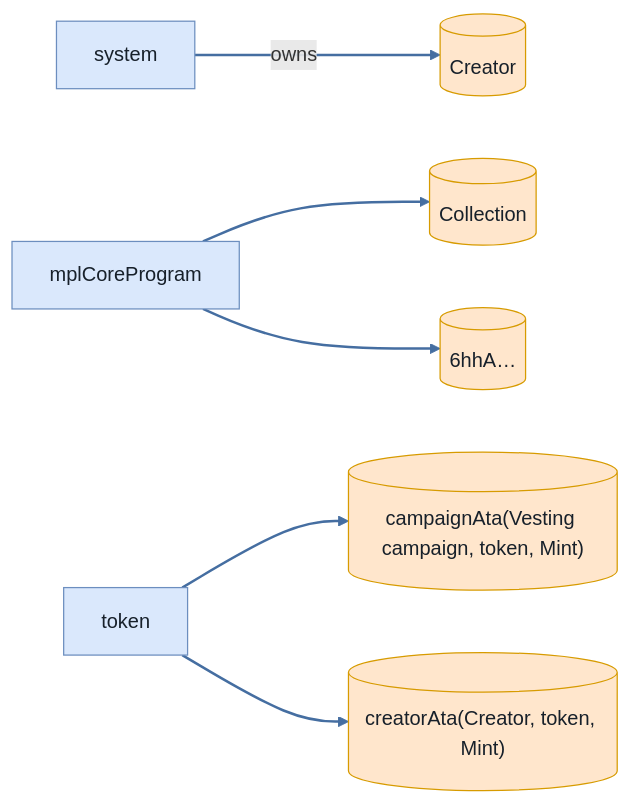
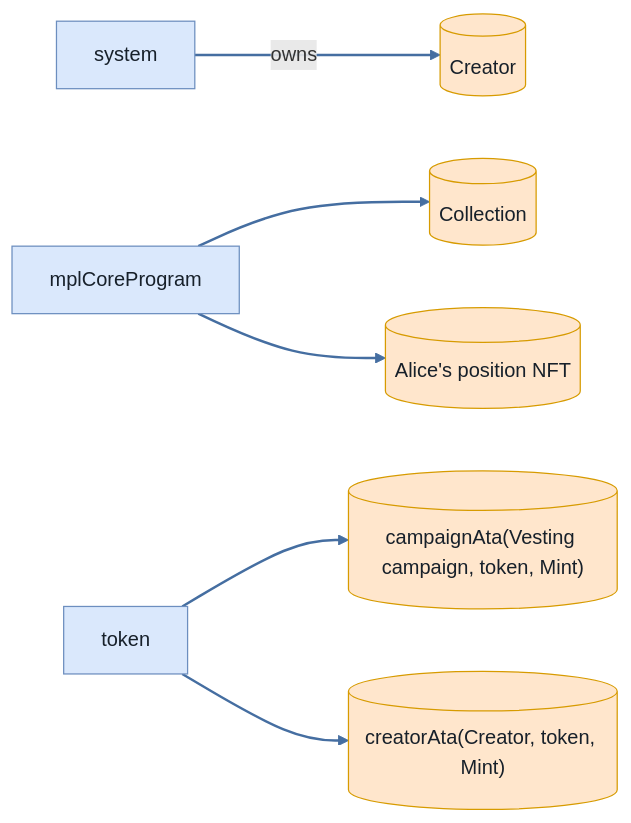
Before and after one commit to cds-turbin3/vesting-position: the ninth of 9 diagrams in babelfish-tests/test-report/clawback_before_grace_fails.md, drawn with Mermaid. The commit also changed other lines of this file and 104 other files, not shown here.

````diff
--- a/babelfish-tests/test-report/clawback_before_grace_fails.md
+++ b/babelfish-tests/test-report/clawback_before_grace_fails.md
@@ -414,20 +413,20 @@
 ```mermaid
 flowchart LR
     system["system"]:::program
     Creator[("Creator")]:::state
     mplCoreProgram["mplCoreProgram"]:::program
     Collection[("Collection")]:::state
-    n6hhA[("6hhA…")]:::state
+    AlicespositionNFT[("Alice's position NFT")]:::state
     token["token"]:::program
     campaignAtaVestingcampaigntokenMint[("campaignAta(Vesting campaign, token, Mint)")]:::state
     creatorAtaCreatortokenMint[("creatorAta(Creator, token, Mint)")]:::state
     system -->|owns| Creator
     mplCoreProgram --> Collection
-    mplCoreProgram --> n6hhA
+    mplCoreProgram --> AlicespositionNFT
     token --> campaignAtaVestingcampaigntokenMint
     token --> creatorAtaCreatortokenMint
     classDef program fill:#dae8fc,stroke:#6c8ebf,color:#17202a;
     classDef signer fill:#d5e8d4,stroke:#82b366,color:#17202a;
     classDef state fill:#ffe6cc,stroke:#d79b00,color:#17202a;
     linkStyle 0,1,2,3,4 stroke:#456ea1,stroke-width:2px
 ```
````
